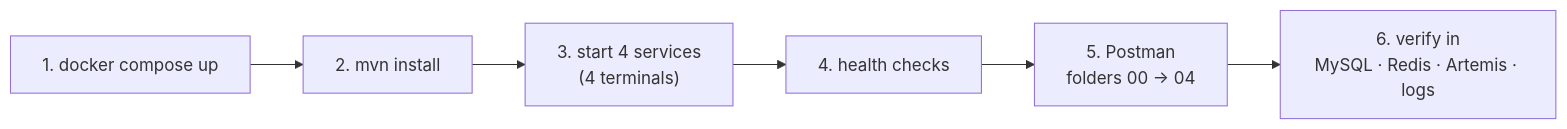
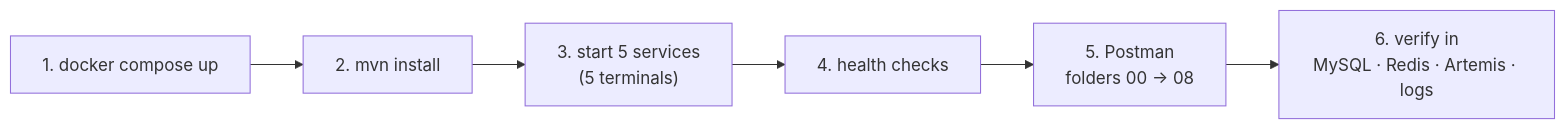
Before and after one commit to iamrupambiswas/sentinel-aml: the diagram in docs/manual-testing-guide.md, drawn with Mermaid. The commit also changed other lines of this file and 88 other files, not shown here.

````diff
--- a/docs/manual-testing-guide.md
+++ b/docs/manual-testing-guide.md
@@ -5,4 +5,4 @@
 ```mermaid
 flowchart LR
-    S1["1. docker compose up"] --> S2["2. mvn install"] --> S3["3. start 4 services<br/>(4 terminals)"] --> S4["4. health checks"] --> S5["5. Postman<br/>folders 00 → 04"] --> S6["6. verify in<br/>MySQL · Redis · Artemis · logs"]
+    S1["1. docker compose up"] --> S2["2. mvn install"] --> S3["3. start 5 services<br/>(5 terminals)"] --> S4["4. health checks"] --> S5["5. Postman<br/>folders 00 → 08"] --> S6["6. verify in<br/>MySQL · Redis · Artemis · logs"]
 ```
````
